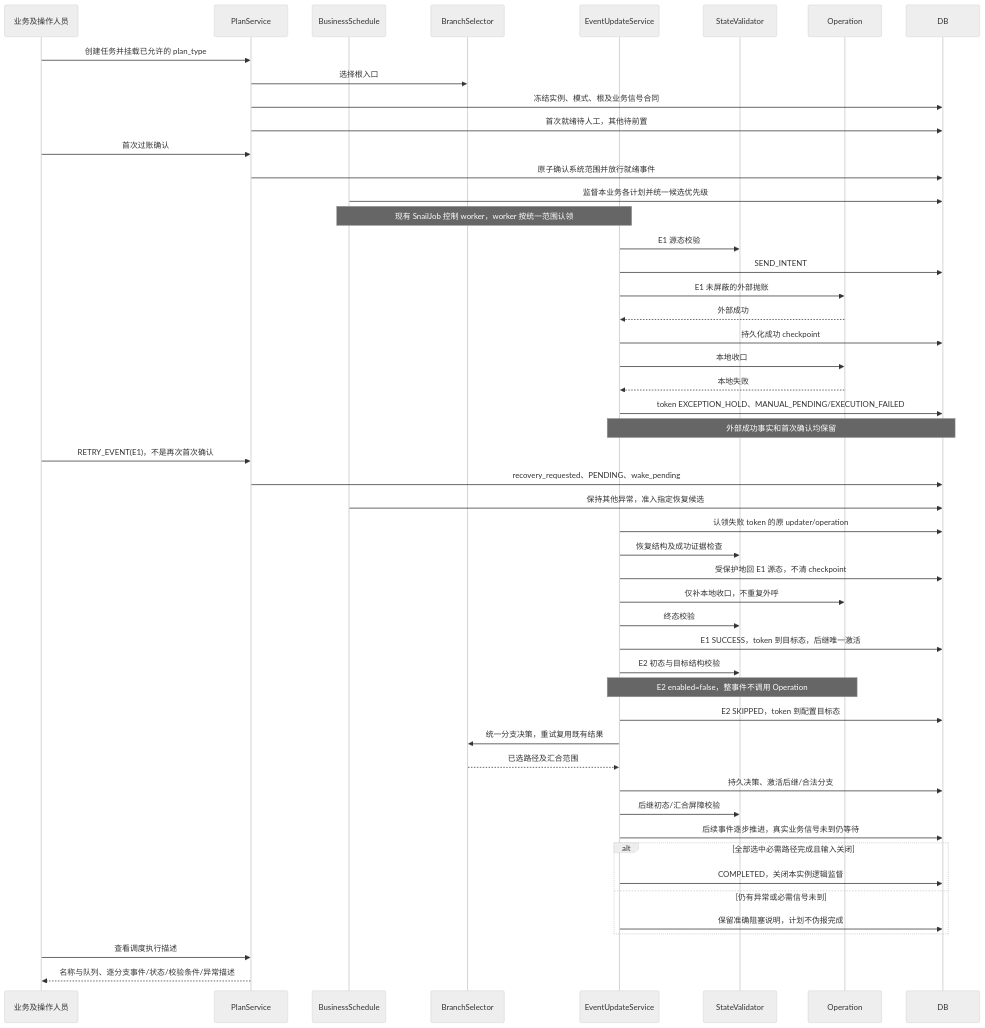
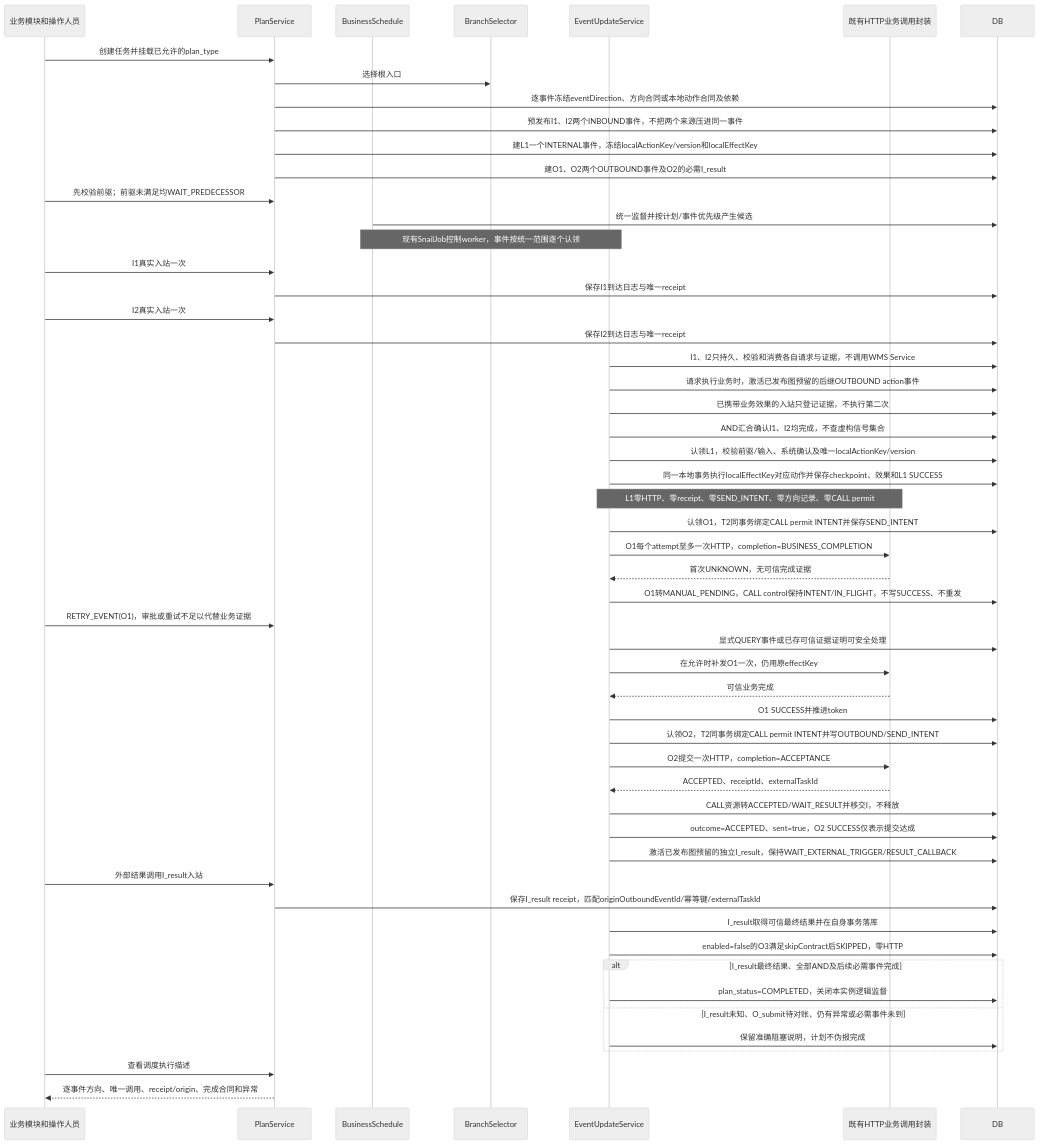
Diagram 13 of 36 in docs/plan-event-state-machine-sequences.md (Yohmien/innolux-iws), drawn with Mermaid (neutral theme) before and after one commit. The commit also changed other lines of this file and 3 other files, not shown here.

Commit message:
docs(plan-event): 更新状态机设计与实施计划

````diff
--- a/docs/plan-event-state-machine-sequences.md
+++ b/docs/plan-event-state-machine-sequences.md
@@ -453,52 +697,56 @@
 ```mermaid
 sequenceDiagram
-  participant A as 业务及操作人员
+  participant A as 业务模块和操作人员
   participant P as PlanService
   participant B as BusinessSchedule
   participant R as BranchSelector
   participant E as EventUpdateService
-  participant V as StateValidator
-  participant O as Operation
+  participant O as 既有HTTP业务调用封装
   participant D as DB
-  A->>P: 创建任务并挂载已允许的 plan_type
+  A->>P: 创建任务并挂载已允许的plan_type
   P->>R: 选择根入口
-  P->>D: 冻结实例、模式、根及业务信号合同
-  P->>D: 首次就绪待人工，其他待前置
-  A->>P: 首次过账确认
-  P->>D: 原子确认系统范围并放行就绪事件
-  B->>D: 监督本业务各计划并统一候选优先级
-  Note over B,E: 现有 SnailJob 控制 worker，worker 按统一范围认领
-  E->>V: E1 源态校验
-  E->>D: SEND_INTENT
-  E->>O: E1 未屏蔽的外部抛账
-  O-->>E: 外部成功
-  E->>D: 持久化成功 checkpoint
-  E->>O: 本地收口
-  O-->>E: 本地失败
-  E->>D: token EXCEPTION_HOLD、MANUAL_PENDING/EXECUTION_FAILED
-  Note over E,D: 外部成功事实和首次确认均保留
-  A->>P: RETRY_EVENT(E1)，不是再次首次确认
-  P->>D: recovery_requested、PENDING、wake_pending
-  B->>D: 保持其他异常，准入指定恢复候选
-  E->>D: 认领失败 token 的原 updater/operation
-  E->>V: 恢复结构及成功证据检查
-  E->>D: 受保护地回 E1 源态，不清 checkpoint
-  E->>O: 仅补本地收口，不重复外呼
-  E->>V: 终态校验
-  E->>D: E1 SUCCESS，token 到目标态，后继唯一激活
-  E->>V: E2 初态与目标结构校验
-  Note over E,O: E2 enabled=false，整事件不调用 Operation
-  E->>D: E2 SKIPPED，token 到配置目标态
-  E->>R: 统一分支决策，重试复用既有结果
-  R-->>E: 已选路径及汇合范围
-  E->>D: 持久决策、激活后继/合法分支
-  E->>V: 后继初态/汇合屏障校验
-  E->>D: 后续事件逐步推进，真实业务信号未到仍等待
-  alt 全部选中必需路径完成且输入关闭
-    E->>D: COMPLETED，关闭本实例逻辑监督
-  else 仍有异常或必需信号未到
+  P->>D: 逐事件冻结eventDirection、方向合同或本地动作合同及依赖
+  P->>D: 预发布I1、I2两个INBOUND事件，不把两个来源压进同一事件
+  P->>D: 建L1一个INTERNAL事件，冻结localActionKey/version和localEffectKey
+  P->>D: 建O1、O2两个OUTBOUND事件及O2的必需I_result
+  A->>P: 先校验前驱；前驱未满足均WAIT_PREDECESSOR
+  B->>D: 统一监督并按计划/事件优先级产生候选
+  Note over B,E: 现有SnailJob控制worker，事件按统一范围逐个认领
+  A->>P: I1真实入站一次
+  P->>D: 保存I1到达日志与唯一receipt
+  A->>P: I2真实入站一次
+  P->>D: 保存I2到达日志与唯一receipt
+  E->>D: I1、I2只持久、校验和消费各自请求与证据，不调用WMS Service
+  E->>D: 请求执行业务时，激活已发布图预留的后继OUTBOUND action事件
+  E->>D: 已携带业务效果的入站只登记证据，不执行第二次
+  E->>D: AND汇合确认I1、I2均完成，不查虚构信号集合
+  E->>D: 认领L1，校验前驱/输入、系统确认及唯一localActionKey/version
+  E->>D: 同一本地事务执行localEffectKey对应动作并保存checkpoint、效果和L1 SUCCESS
+  Note over E,O: L1零HTTP、零receipt、零SEND_INTENT、零方向记录、零CALL permit
+  E->>D: 认领O1，T2同事务绑定CALL permit INTENT并保存SEND_INTENT
+  E->>O: O1每个attempt至多一次HTTP，completion=BUSINESS_COMPLETION
+  O-->>E: 首次UNKNOWN，无可信完成证据
+  E->>D: O1转MANUAL_PENDING，CALL control保持INTENT/IN_FLIGHT，不写SUCCESS、不重发
+  A->>P: RETRY_EVENT(O1)，审批或重试不足以代替业务证据
+  E->>D: 显式QUERY事件或已存可信证据证明可安全处理
+  E->>O: 在允许时补发O1一次，仍用原effectKey
+  O-->>E: 可信业务完成
+  E->>D: O1 SUCCESS并推进token
+  E->>D: 认领O2，T2同事务绑定CALL permit INTENT并写OUTBOUND/SEND_INTENT
+  E->>O: O2提交一次HTTP，completion=ACCEPTANCE
+  O-->>E: ACCEPTED、receiptId、externalTaskId
+  E->>D: CALL资源转ACCEPTED/WAIT_RESULT并移交I，不释放
+  E->>D: outcome=ACCEPTED、sent=true，O2 SUCCESS仅表示提交达成
+  E->>D: 激活已发布图预留的独立I_result，保持WAIT_EXTERNAL_TRIGGER/RESULT_CALLBACK
+  A->>P: 外部结果调用I_result入站
+  P->>D: 保存I_result receipt，匹配originOutboundEventId/幂等键/externalTaskId
+  E->>D: I_result取得可信最终结果并在自身事务落库
+  E->>D: enabled=false的O3满足skipContract后SKIPPED，零HTTP
+  alt I_result最终结果、全部AND及后续必需事件完成
+    E->>D: plan_status=COMPLETED，关闭本实例逻辑监督
+  else I_result未知、O_submit待对账、仍有异常或必需事件未到
     E->>D: 保留准确阻塞说明，计划不伪报完成
   end
   A->>P: 查看调度执行描述
-  P-->>A: 名称与队列、逐分支事件/状态/校验条件/异常描述
+  P-->>A: 逐事件方向、唯一调用、receipt/origin、完成合同和异常
 ```
````
